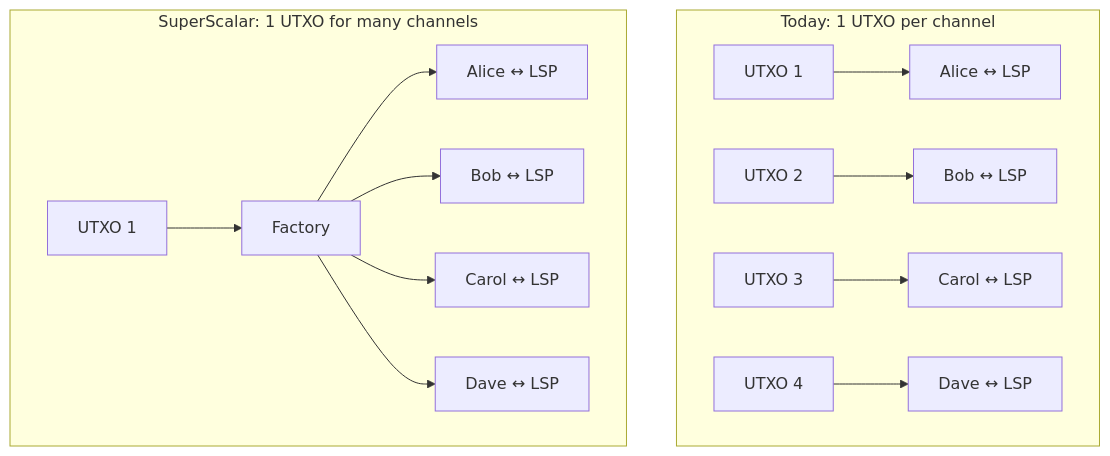
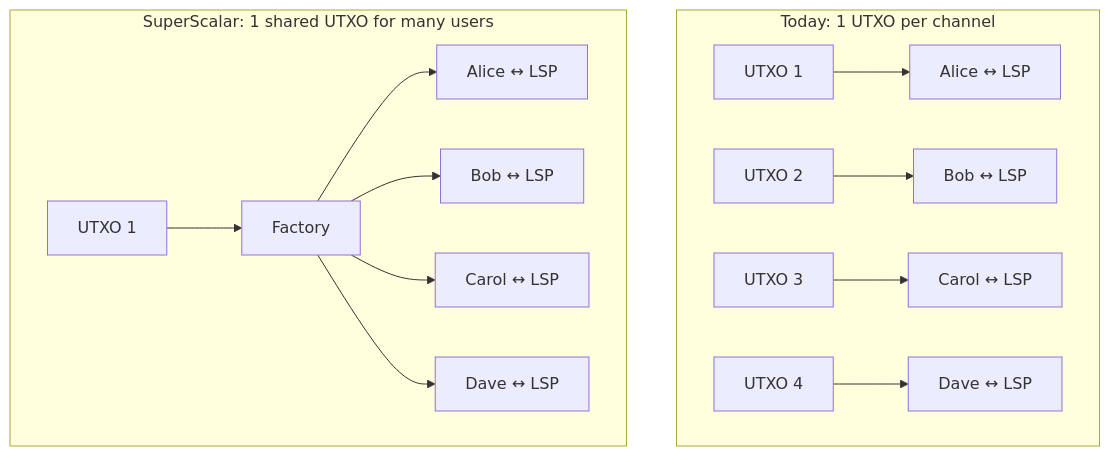
Before and after one commit to 8144225309/superscalar-docs: the second of 2 diagrams in context/why-superscalar-exists.md, drawn with Mermaid. The commit also changed 3 other files, not shown here.

First line of the commit message:
Reframe all pages: lead with shared UTXO, channels are the mechanism

````diff
--- a/context/why-superscalar-exists.md
+++ b/context/why-superscalar-exists.md
@@ -39,17 +39,17 @@
 ```mermaid
 graph TD
     subgraph "Today: 1 UTXO per channel"
         U1["UTXO 1"] --> C1["Alice ↔ LSP"]
         U2["UTXO 2"] --> C2["Bob ↔ LSP"]
         U3["UTXO 3"] --> C3["Carol ↔ LSP"]
         U4["UTXO 4"] --> C4["Dave ↔ LSP"]
     end
 
-    subgraph "SuperScalar: 1 UTXO for many channels"
+    subgraph "SuperScalar: 1 shared UTXO for many users"
         U5["UTXO 1"] --> F["Factory"]
         F --> C5["Alice ↔ LSP"]
         F --> C6["Bob ↔ LSP"]
         F --> C7["Carol ↔ LSP"]
         F --> C8["Dave ↔ LSP"]
     end
 ```
````
